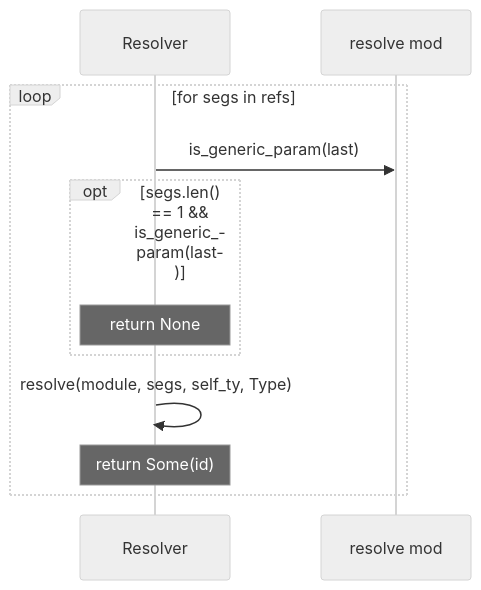
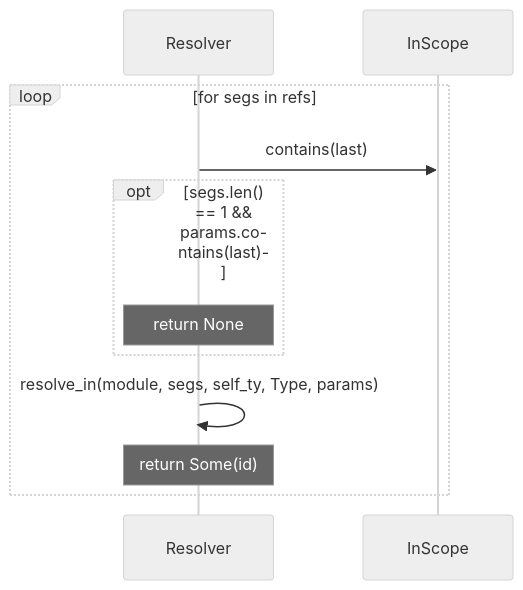
One commit to DreamLab-AI/codemaid changed diagram 24 of 25 in docs/sealmap/crates/sealmap-rust/src/resolve.rs.md. Above: the diagram before and after it, drawn with Mermaid (neutral theme). The commit also changed other lines of this file and 8 other files, not shown here.

First line of the commit message:
fix(sealmap-rust): resolve generic parameters from declared scope, not name shape

````diff
--- a/docs/sealmap/crates/sealmap-rust/src/resolve.rs.md
+++ b/docs/sealmap/crates/sealmap-rust/src/resolve.rs.md
@@ -607,13 +676,13 @@
 ```mermaid
 sequenceDiagram
   participant sealmap_rust__resolve___tResolver as Resolver
-  participant sealmap_rust__resolve as resolve mod
+  participant sealmap_rust__resolve___tInScope as InScope
   loop for segs in refs
-    sealmap_rust__resolve___tResolver->>sealmap_rust__resolve: is_generic_param(last)
-    opt segs.len() == 1 && is_generic_param(last)
+    sealmap_rust__resolve___tResolver->>sealmap_rust__resolve___tInScope: contains(last)
+    opt segs.len() == 1 && params.contains(last)
       Note over sealmap_rust__resolve___tResolver: return None
     end
-    sealmap_rust__resolve___tResolver->>sealmap_rust__resolve___tResolver: resolve(module, segs, self_ty, Type)
+    sealmap_rust__resolve___tResolver->>sealmap_rust__resolve___tResolver: resolve_in(module, segs, self_ty, Type, params)
     Note over sealmap_rust__resolve___tResolver: return Some(id)
   end
 ```
````
